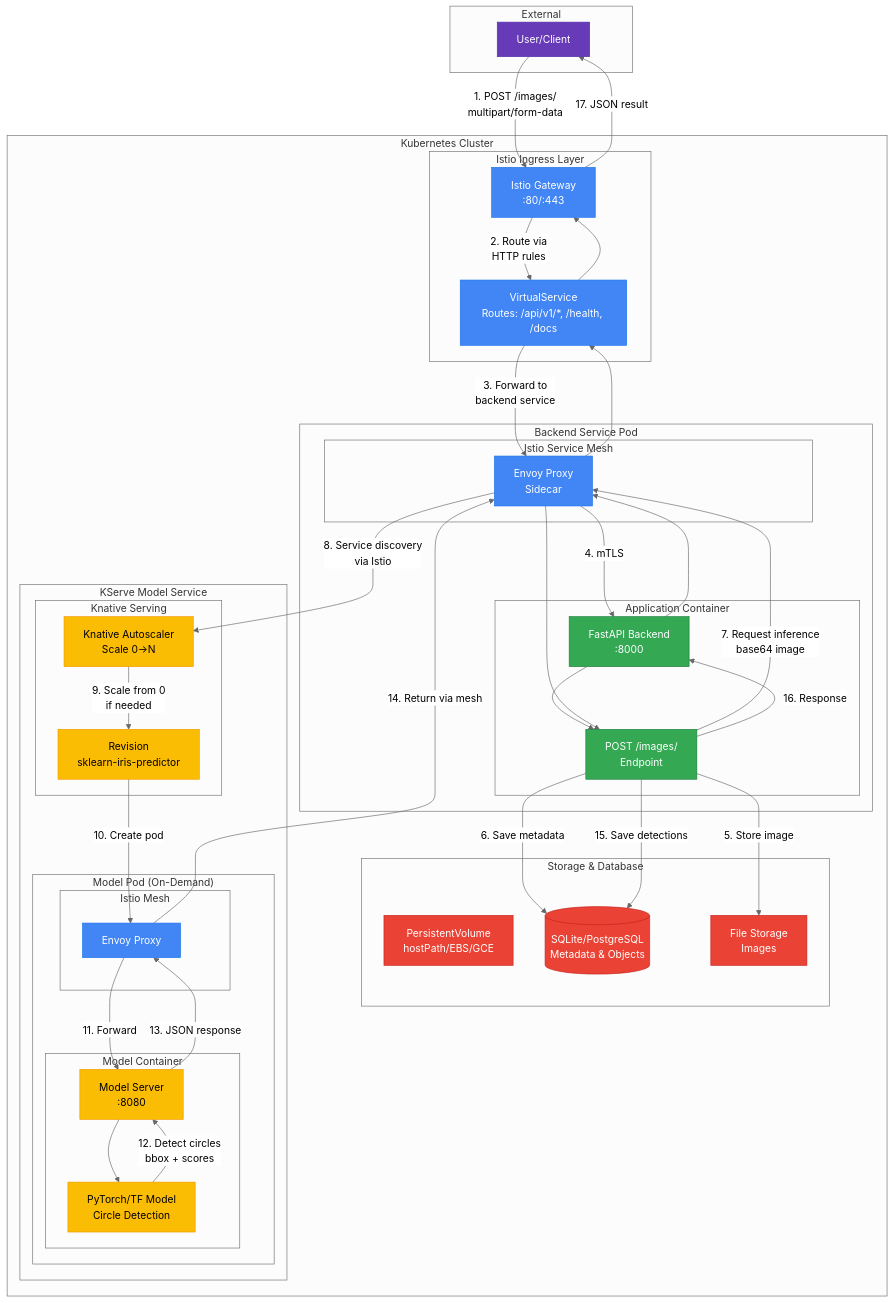
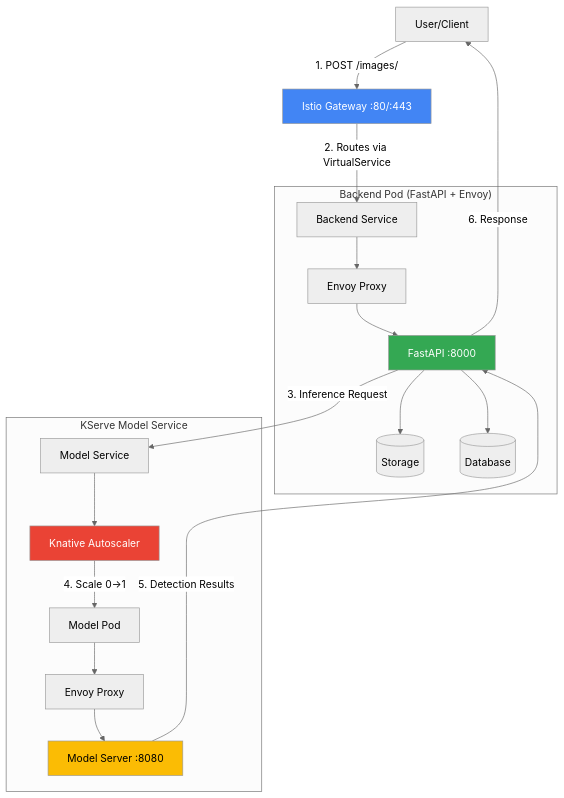
One commit to Cpicon/kserve_ml_deployment changed the first of 2 diagrams in README.md. Above: the diagram before and after it, drawn with Mermaid (neutral theme). The commit also changed other lines of this file, not shown here.

Commit message:
Simplify and update `README.md` diagrams for request flow with Mermaid `flowchart` and `sequenceDiagram`; remove redundant details for improved clarity.

````diff
--- a/README.md
+++ b/README.md
@@ -15,90 +15,29 @@
 ```mermaid
-graph TB
-    subgraph "External"
-        User[User/Client]
+flowchart TB
+    User[User/Client] -->|1. POST /images/| Gateway[Istio Gateway :80/:443]
+    Gateway -->|2. Routes via VirtualService| Service[Backend Service]
+    
+    subgraph Backend["Backend Pod (FastAPI + Envoy)"]
+        Service --> Envoy1[Envoy Proxy]
+        Envoy1 --> FastAPI[FastAPI :8000]
+        FastAPI --> Storage[(Storage)]
+        FastAPI --> DB[(Database)]
     end
     
-    subgraph "Kubernetes Cluster"
-        subgraph "Istio Ingress Layer"
-            IG[Istio Gateway<br/>:80/:443]
-            VS[VirtualService<br/>Routes: /api/v1/*, /health, /docs]
-        end
-        
-        subgraph "Backend Service Pod"
-            subgraph "Istio Service Mesh"
-                EP1[Envoy Proxy<br/>Sidecar]
-            end
-            subgraph "Application Container"
-                FA[FastAPI Backend<br/>:8000]
-                API[POST /images/<br/>Endpoint]
-            end
-        end
-        
-        subgraph "Storage & Database"
-            PV[PersistentVolume<br/>hostPath/EBS/GCE]
-            DB[(SQLite/PostgreSQL<br/>Metadata & Objects)]
-            FS[File Storage<br/>Images]
-        end
-        
-        subgraph "KServe Model Service"
-            subgraph "Knative Serving"
-                KPA[Knative Autoscaler<br/>Scale 0→N]
-                REV[Revision<br/>sklearn-iris-predictor]
-            end
-            
-            subgraph "Model Pod (On-Demand)"
-                subgraph "Istio Mesh"
-                    EP2[Envoy Proxy]
-                end
-                subgraph "Model Container"
-                    MS[Model Server<br/>:8080]
-                    ML[PyTorch/TF Model<br/>Circle Detection]
-                end
-            end
-        end
+    FastAPI -->|3. Inference Request| ModelService[Model Service]
+    
+    subgraph KServe["KServe Model Service"]
+        ModelService --> Knative[Knative Autoscaler]
+        Knative -->|4. Scale 0→1| ModelPod[Model Pod]
+        ModelPod --> Envoy2[Envoy Proxy]
+        Envoy2 --> Model[Model Server :8080]
     end
     
-    %% Request Flow
-    User -->|1. POST /images/<br/>multipart/form-data| IG
-    IG -->|2. Route via<br/>HTTP rules| VS
-    VS -->|3. Forward to<br/>backend service| EP1
-    EP1 -->|4. mTLS| FA
-    FA --> API
+    Model -->|5. Detection Results| FastAPI
+    FastAPI -->|6. Response| User
     
-    %% Backend Processing
-    API -->|5. Store image| FS
-    API -->|6. Save metadata| DB
-    API -->|7. Request inference<br/>base64 image| EP1
-    
-    %% Model Inference Flow
-    EP1 -->|8. Service discovery<br/>via Istio| KPA
-    KPA -->|9. Scale from 0<br/>if needed| REV
-    REV -->|10. Create pod| EP2
-    EP2 -->|11. Forward| MS
-    MS --> ML
-    ML -->|12. Detect circles<br/>bbox + scores| MS
-    
-    %% Response Flow
-    MS -->|13. JSON response| EP2
-    EP2 -->|14. Return via mesh| EP1
-    EP1 --> API
-    API -->|15. Save detections| DB
-    API -->|16. Response| FA
-    FA --> EP1
-    EP1 --> VS
-    VS --> IG
-    IG -->|17. JSON result| User
-    
-    %% Styling
-    classDef istio fill:#4285F4,stroke:#1a73e8,color:white
-    classDef backend fill:#34A853,stroke:#188038,color:white
-    classDef storage fill:#EA4335,stroke:#C5221F,color:white
-    classDef kserve fill:#FBBC04,stroke:#F29900,color:black
-    classDef user fill:#673AB7,stroke:#512DA8,color:white
-    
-    class IG,VS,EP1,EP2 istio
-    class FA,API backend
-    class PV,DB,FS storage
-    class KPA,REV,MS,ML kserve
-    class User user
+    style Gateway fill:#4285F4,color:#fff
+    style FastAPI fill:#34A853,color:#fff
+    style Model fill:#FBBC04,color:#000
+    style Knative fill:#EA4335,color:#fff
 ```
````
